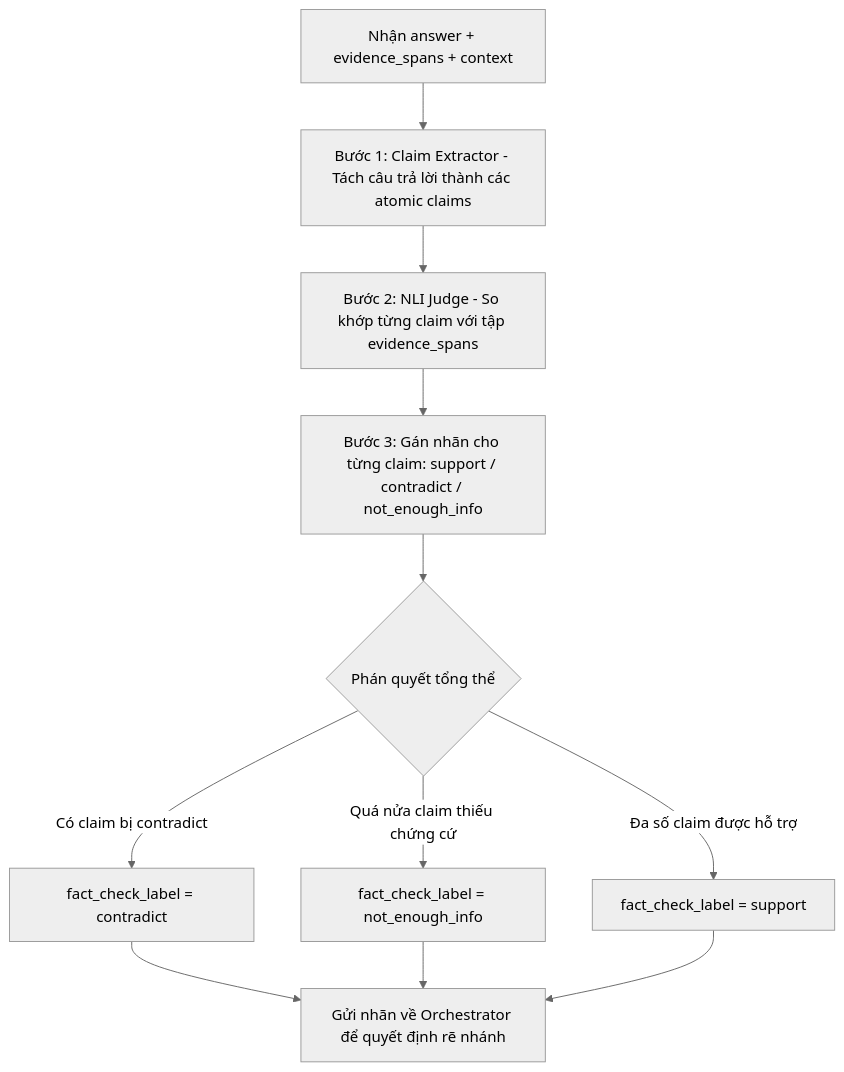
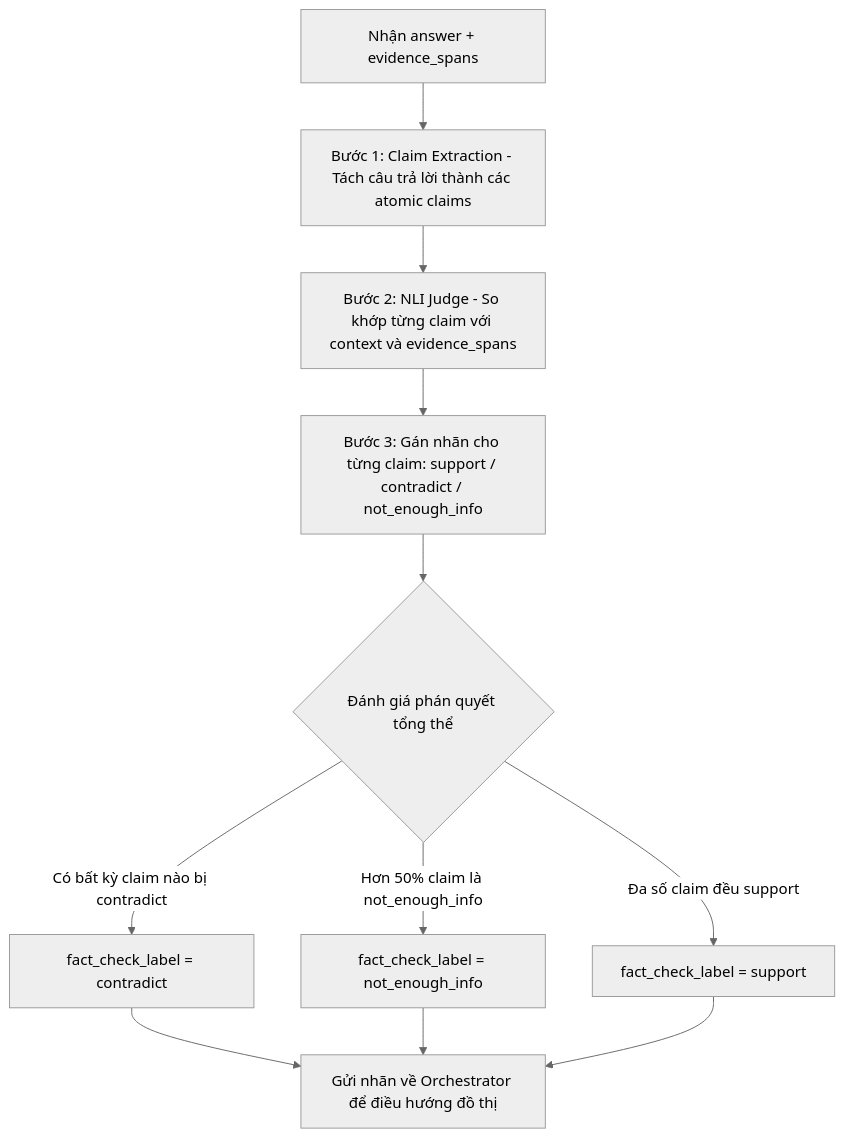
One commit to ducmanh-jr/Multi-Agent_RAG changed the diagram in agents/agent4_fact_checker/README.md. Above: the diagram before and after it, drawn with Mermaid (neutral theme). The commit also changed other lines of this file and 4 other files, not shown here.

````diff
--- a/agents/agent4_fact_checker/README.md
+++ b/agents/agent4_fact_checker/README.md
@@ -74,13 +102,13 @@
 ```mermaid
 flowchart TD
-    A[Nhận answer + evidence_spans + context] --> B[Bước 1: Claim Extractor - Tách câu trả lời thành các atomic claims]
-    B --> C[Bước 2: NLI Judge - So khớp từng claim với tập evidence_spans]
+    A[Nhận answer + evidence_spans] --> B[Bước 1: Claim Extraction - Tách câu trả lời thành các atomic claims]
+    B --> C[Bước 2: NLI Judge - So khớp từng claim với context và evidence_spans]
     C --> D[Bước 3: Gán nhãn cho từng claim: support / contradict / not_enough_info]
-    D --> E{Phán quyết tổng thể}
-    E -- Có claim bị contradict --> F[fact_check_label = contradict]
-    E -- Quá nửa claim thiếu chứng cứ --> G[fact_check_label = not_enough_info]
-    E -- Đa số claim được hỗ trợ --> H[fact_check_label = support]
-    F --> I[Gửi nhãn về Orchestrator để quyết định rẽ nhánh]
+    D --> E{Đánh giá phán quyết tổng thể}
+    E -- Có bất kỳ claim nào bị contradict --> F[fact_check_label = contradict]
+    E -- Hơn 50% claim là not_enough_info --> G[fact_check_label = not_enough_info]
+    E -- Đa số claim đều support --> H[fact_check_label = support]
+    F --> I[Gửi nhãn về Orchestrator để điều hướng đồ thị]
     G --> I
     H --> I
 ```
````
